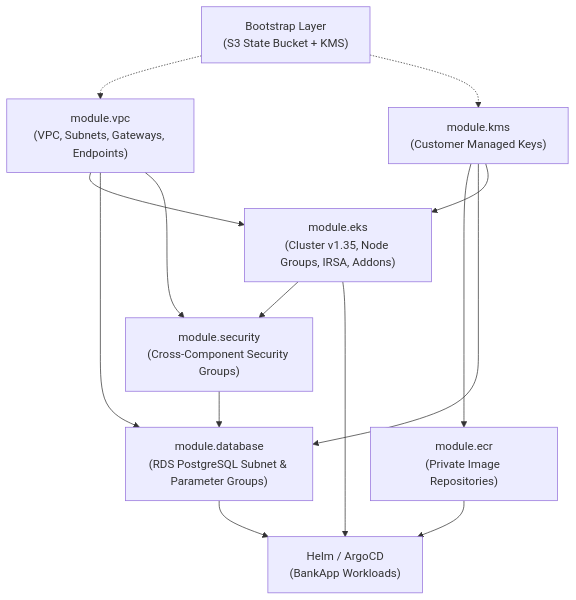
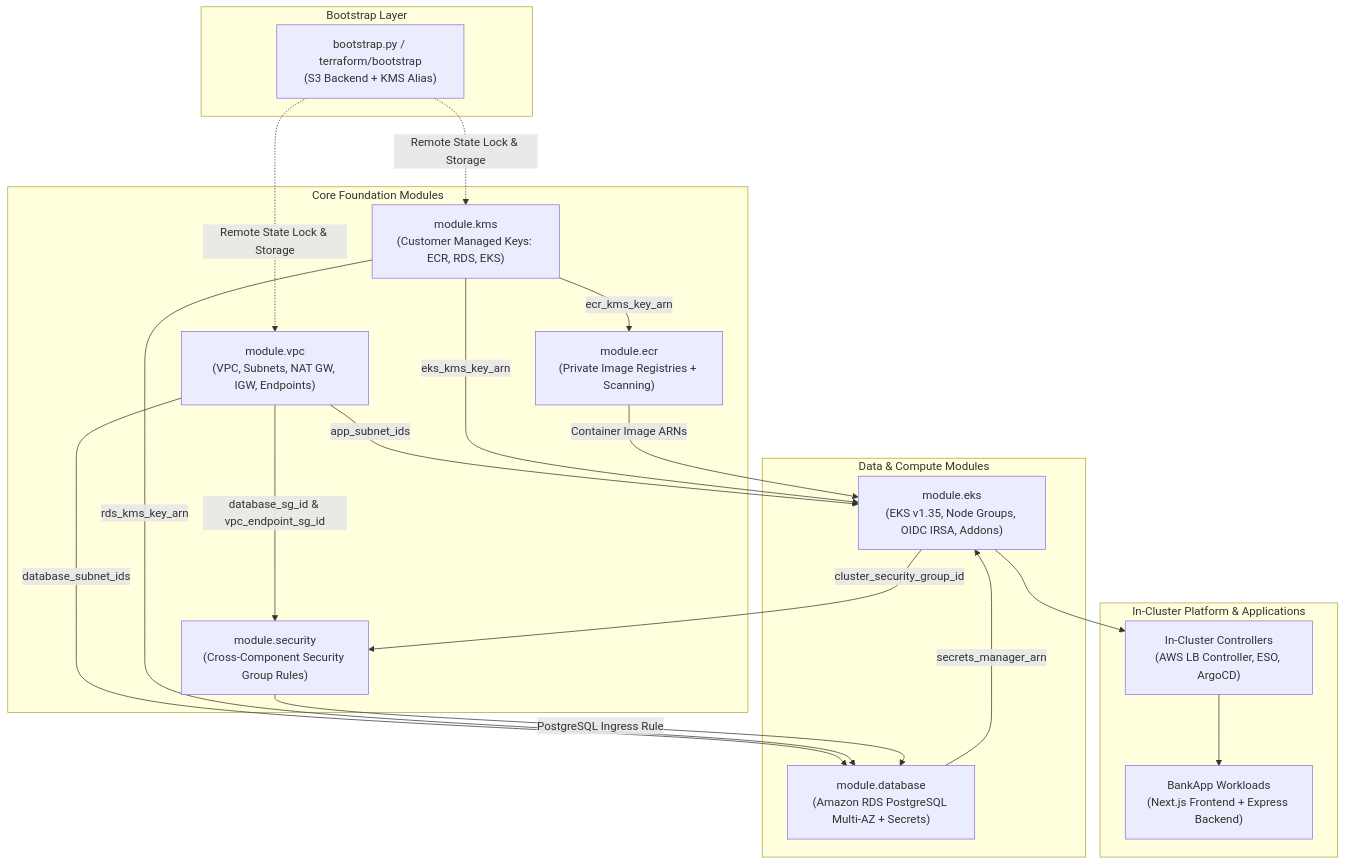
Before and after one commit to harishazmohd/Eks-platform: the diagram in README.md, drawn with Mermaid. The commit also changed other lines of this file and 108 other files, not shown here.

````diff
--- a/README.md
+++ b/README.md
@@ -108,25 +138,43 @@
 ```mermaid
 graph TD
-    BOOT["Bootstrap Layer<br/>(S3 State Bucket + KMS)"]
-    KMS["module.kms<br/>(Customer Managed Keys)"]
-    VPC["module.vpc<br/>(VPC, Subnets, Gateways, Endpoints)"]
-    SEC["module.security<br/>(Cross-Component Security Groups)"]
-    ECR["module.ecr<br/>(Private Image Repositories)"]
-    RDS["module.database<br/>(RDS PostgreSQL Subnet & Parameter Groups)"]
-    EKS["module.eks<br/>(Cluster v1.35, Node Groups, IRSA, Addons)"]
-    HELM["Helm / ArgoCD<br/>(BankApp Workloads)"]
+    subgraph Bootstrap Layer
+        BOOT["bootstrap.py / terraform/bootstrap<br/>(S3 Backend + KMS Alias)"]
+    end
 
-    BOOT -.-> VPC
-    BOOT -.-> KMS
-    VPC --> EKS
-    VPC --> RDS
-    VPC --> SEC
-    KMS --> ECR
-    KMS --> RDS
-    KMS --> EKS
-    EKS --> SEC
-    SEC --> RDS
-    ECR --> HELM
-    EKS --> HELM
-    RDS --> HELM
+    subgraph Core Foundation Modules
+        VPC["module.vpc<br/>(VPC, Subnets, NAT GW, IGW, Endpoints)"]
+        KMS["module.kms<br/>(Customer Managed Keys: ECR, RDS, EKS)"]
+        SEC["module.security<br/>(Cross-Component Security Group Rules)"]
+        ECR["module.ecr<br/>(Private Image Registries + Scanning)"]
+    end
+
+    subgraph Data & Compute Modules
+        RDS["module.database<br/>(Amazon RDS PostgreSQL Multi-AZ + Secrets)"]
+        EKS["module.eks<br/>(EKS v1.35, Node Groups, OIDC IRSA, Addons)"]
+    end
+
+    subgraph In-Cluster Platform & Applications
+        HELM_CONTROLLER["In-Cluster Controllers<br/>(AWS LB Controller, ESO, ArgoCD)"]
+        BANKAPP["BankApp Workloads<br/>(Next.js Frontend + Express Backend)"]
+    end
+
+    BOOT -.->|Remote State Lock & Storage| VPC
+    BOOT -.->|Remote State Lock & Storage| KMS
+
+    VPC -->|app_subnet_ids| EKS
+    VPC -->|database_subnet_ids| RDS
+    VPC -->|database_sg_id & vpc_endpoint_sg_id| SEC
+
+    KMS -->|ecr_kms_key_arn| ECR
+    KMS -->|rds_kms_key_arn| RDS
+    KMS -->|eks_kms_key_arn| EKS
+
+    EKS -->|cluster_security_group_id| SEC
+    SEC -->|PostgreSQL Ingress Rule| RDS
+
+    RDS -->|secrets_manager_arn| EKS
+    ECR -->|Container Image ARNs| EKS
+
+    EKS --> HELM_CONTROLLER
+    HELM_CONTROLLER --> BANKAPP
 ```
````
